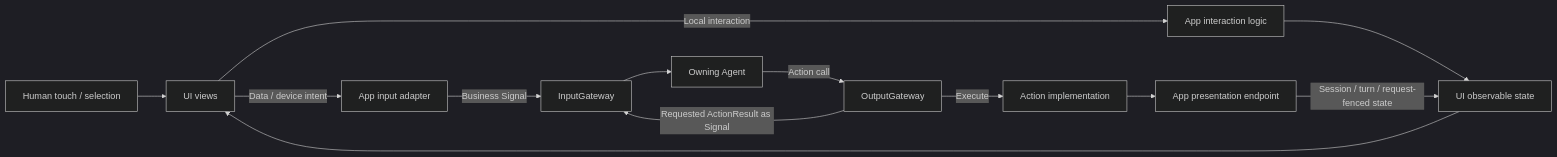
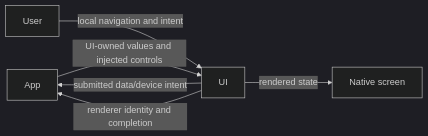
One commit to devilyouwei/MobileHarness changed the first of 2 diagrams in MobileHarness/UI/README.md. Above: the diagram before and after it, drawn with Mermaid (dark theme). The commit also changed other lines of this file and 116 other files, not shown here.

````diff
--- a/MobileHarness/UI/README.md
+++ b/MobileHarness/UI/README.md
@@ -20,15 +15,8 @@
 ```mermaid
 flowchart LR
-    Human[Human touch / selection] --> Views[UI views]
-    Views -->|Local interaction| Local[App interaction logic]
-    Local --> State[UI observable state]
-    Views -->|Data / device intent| Host[App input adapter]
-    Host -->|Business Signal| Input[InputGateway]
-    Input --> Agents[Owning Agent]
-    Agents -->|Action call| Output[OutputGateway]
-    Output -->|Execute| Functions[Action implementation]
-    Functions --> Endpoint[App presentation endpoint]
-    Endpoint -->|Session / turn / request-fenced state| State[UI observable state]
-    State --> Views
-    Output -->|Requested ActionResult as Signal| Input
+ App -->|UI-owned values and injected controls| UI
+ User -->|local navigation and intent| UI
+ UI -->|submitted data/device intent| App
+ UI -->|rendered state| Screen[Native screen]
+ UI -->|renderer identity and completion| App
 ```
````
